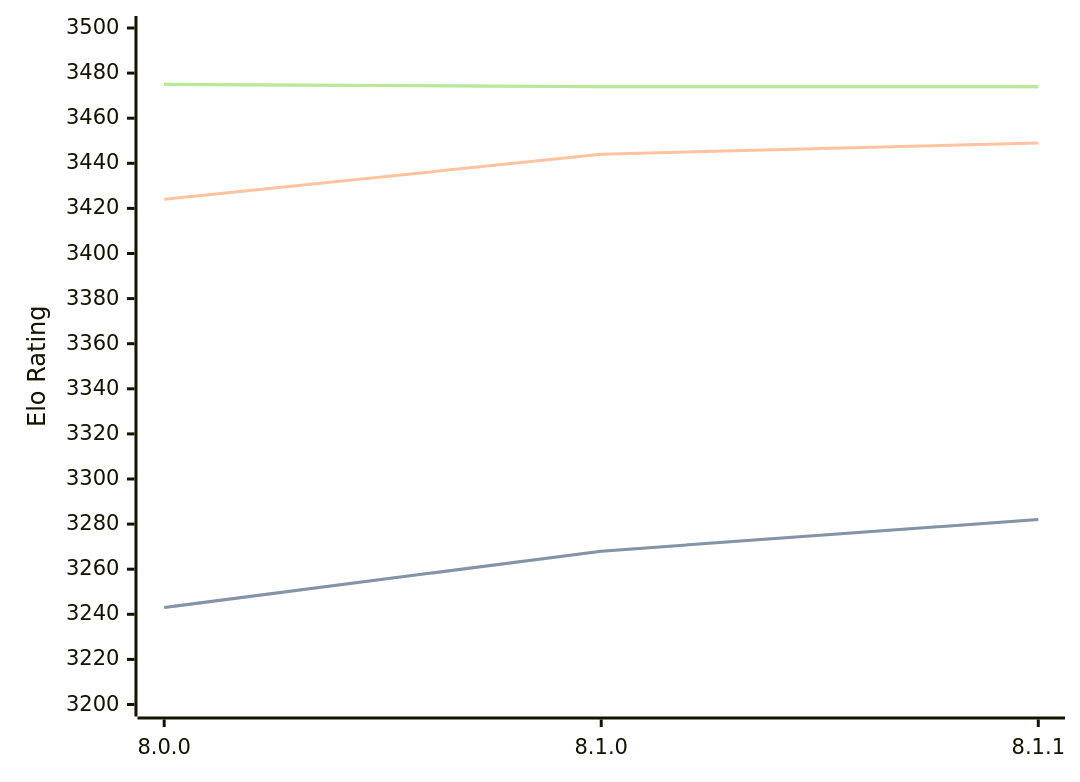
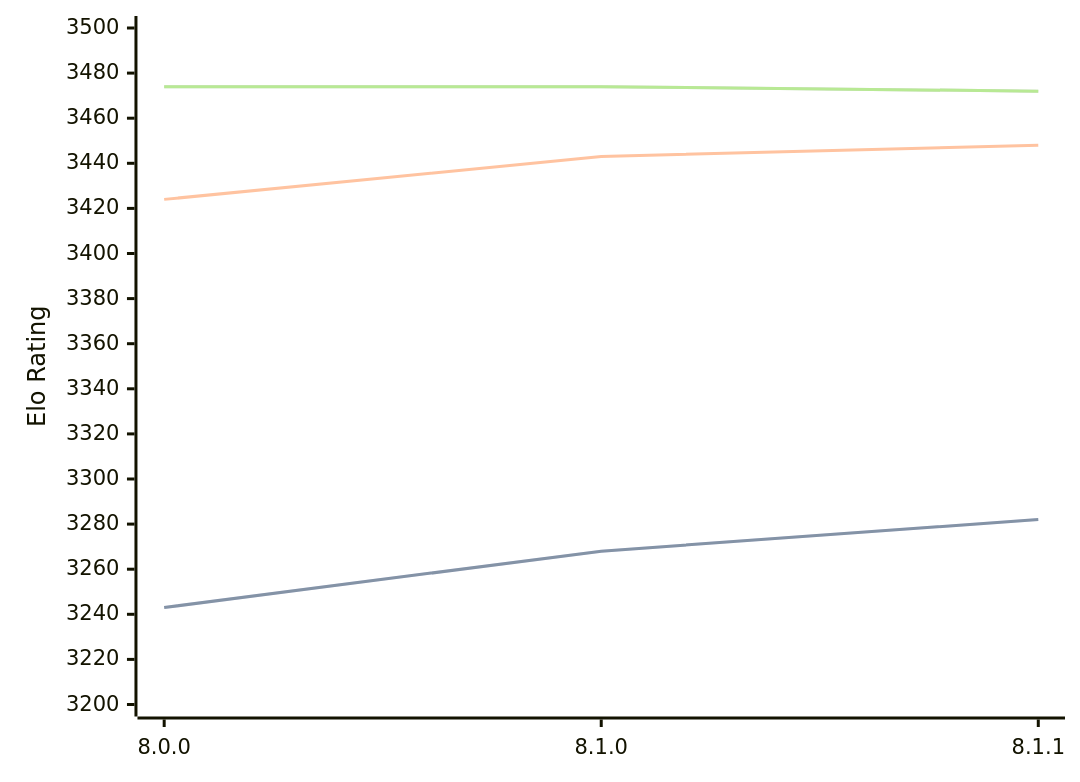
Before and after one commit to computer-chess-index/cci: the diagram in engines/Velvet.md, drawn with Mermaid. The commit also changed other lines of this file, not shown here.

Commit message:
Update CCI Ratings (ELO VLTC) - 2026-09-03

````diff
--- a/engines/Velvet.md
+++ b/engines/Velvet.md
@@ -33,11 +33,11 @@
 ```mermaid
 %%{init: {"theme":"base","themeVariables":{"seriesColors:['#a3a3a3','#222221','#faa371']}}}%%
 xychart-beta
   x-axis ["8.0.0", "8.1.0", "8.1.1"]
   y-axis "Elo Rating" 3200 --> 3500
   line "" [3243, 3268, 3282]
   line "STC (8.0+0.08s)" [3243, 3268, 3282]
-  line "LTC (60.0+0.60s)" [3424, 3444, 3449]
-  line "" [3475, 3474, 3474]
-  line "VLTC (2m24s+1.12s)" [3475, 3474, 3474]
+  line "LTC (60.0+0.60s)" [3424, 3443, 3448]
+  line "" [3474, 3474, 3472]
+  line "VLTC (2m24s+1.12s)" [3474, 3474, 3472]
 ```
````
